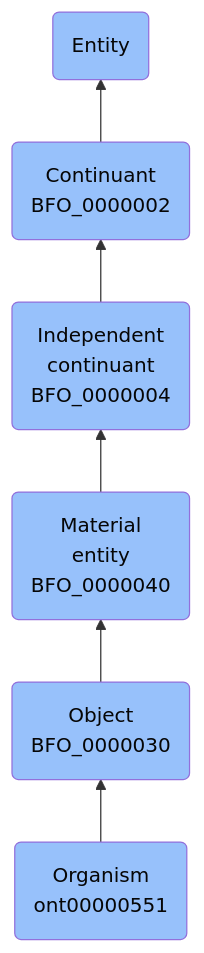
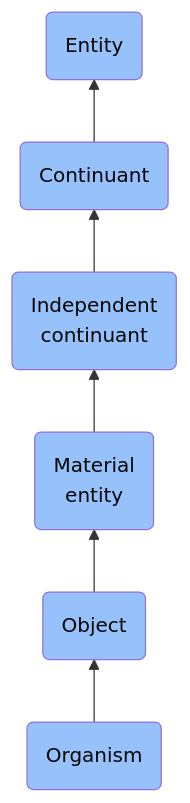
One commit to jupyter-naas/abi changed the diagram in docs/ontology/reference/model/Entity/Continuant/Independent continuant/Material entity/Object/Organism/Organism.md. Above: the diagram before and after it, drawn with Mermaid. The commit also changed other lines of this file and 1430 other files, not shown here.

````diff
--- a/docs/ontology/reference/model/Entity/Continuant/Independent continuant/Material entity/Object/Organism/Organism.md
+++ b/docs/ontology/reference/model/Entity/Continuant/Independent continuant/Material entity/Object/Organism/Organism.md
@@ -24,13 +24,13 @@
 ```mermaid
 graph BT
-    ont00000551(Organism<br>ont00000551):::BFO-->BFO_0000030
-    BFO_0000030(Object<br>BFO_0000030):::BFO-->BFO_0000040
-    BFO_0000040(Material<br>entity<br>BFO_0000040):::BFO-->BFO_0000004
-    BFO_0000004(Independent<br>continuant<br>BFO_0000004):::BFO-->BFO_0000002
-    BFO_0000002(Continuant<br>BFO_0000002):::BFO-->BFO_0000001
+    ont00000551(Organism):::BFO-->BFO_0000030
+    BFO_0000030(Object):::BFO-->BFO_0000040
+    BFO_0000040(Material<br>entity):::BFO-->BFO_0000004
+    BFO_0000004(Independent<br>continuant):::BFO-->BFO_0000002
+    BFO_0000002(Continuant):::BFO-->BFO_0000001
     BFO_0000001(Entity):::BFO
     
     classDef BFO fill:#97c1fb,color:#060606
     classDef CCO fill:#e4c51e,color:#060606
     classDef ABI fill:#48DD82,color:#060606
 ```
````
